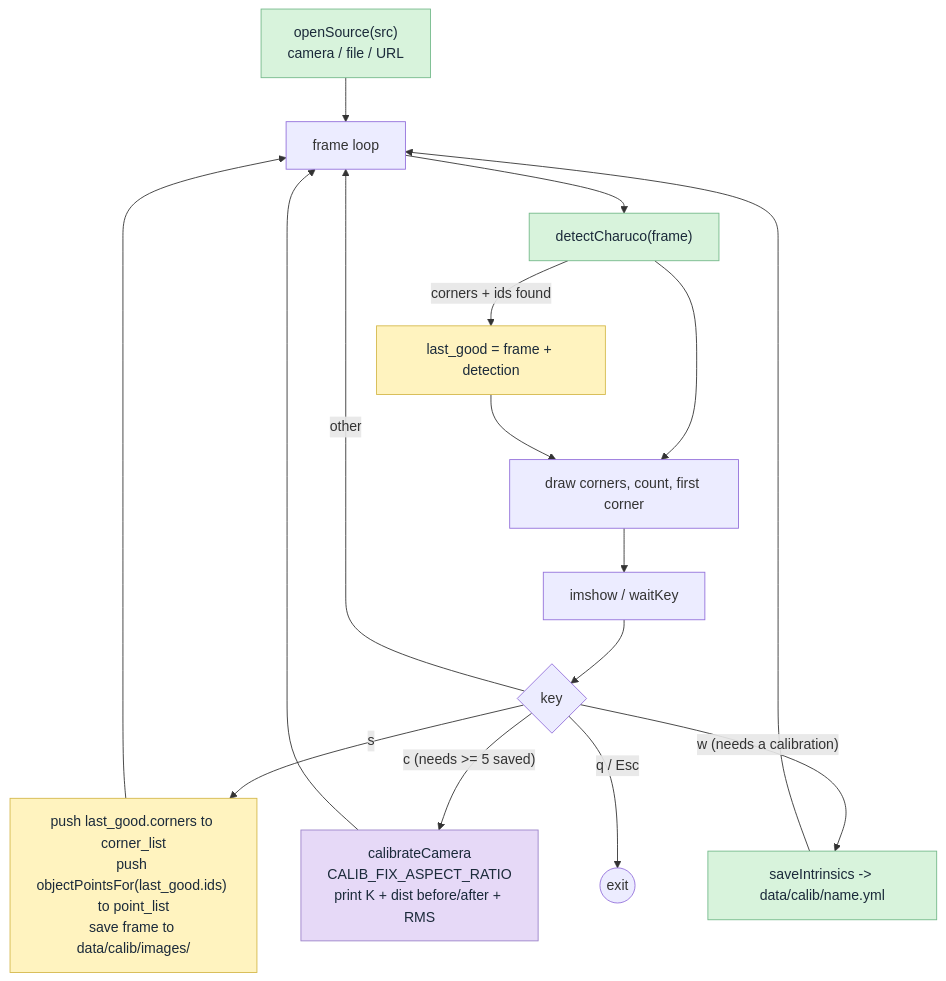
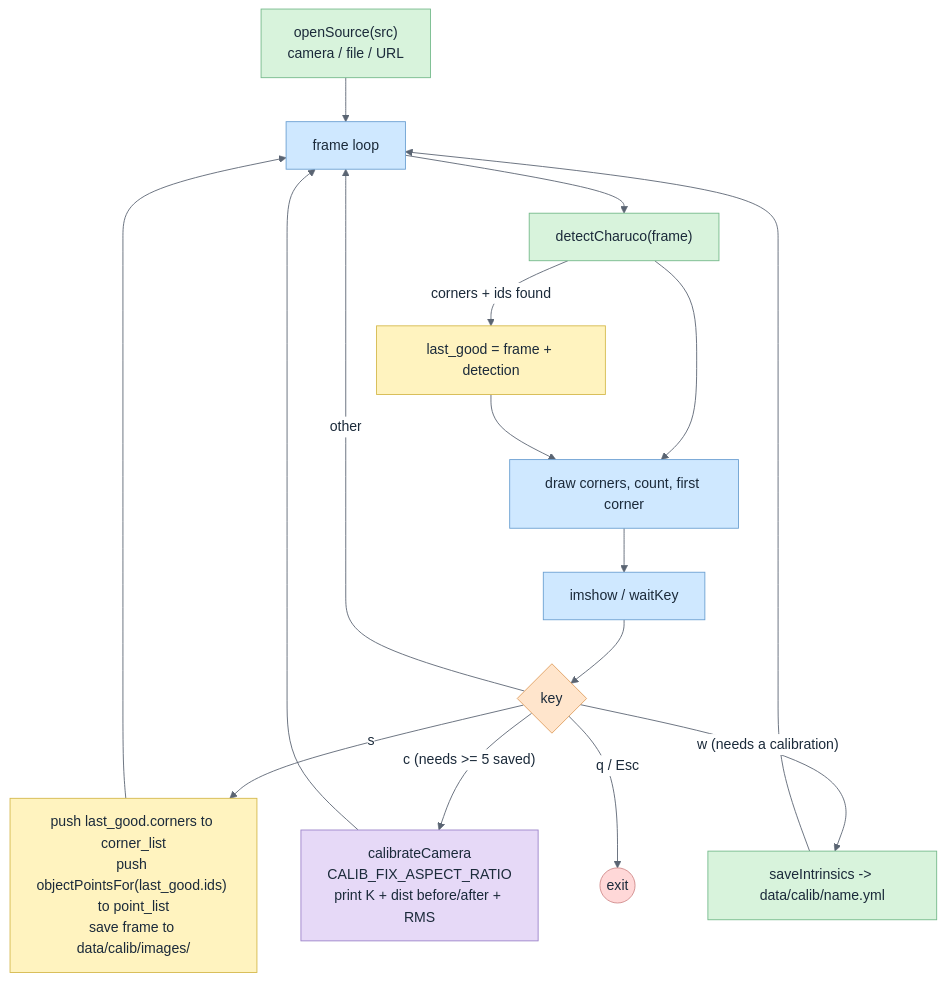
The first of 4 diagrams in ARCHITECTURE.md (supriya-kotturu/calibration-and-augmented-reality), drawn with Mermaid before and after one commit. The commit also changed other lines of this file and 1 other file, not shown here.

First line of the commit message:
docs(architecture): :lipstick: Pin diagrams to a light theme and colour every node by role

````diff
--- a/ARCHITECTURE.md
+++ b/ARCHITECTURE.md
@@ -10,25 +10,32 @@
 ```mermaid
+%%{init: {"theme": "base", "themeVariables": {"background": "#ffffff", "primaryColor": "#f7f7f7", "primaryTextColor": "#1b2a3a", "primaryBorderColor": "#b0b0b0", "lineColor": "#5a6472", "textColor": "#1b2a3a", "edgeLabelBackground": "#ffffff", "clusterBkg": "#fafafa", "clusterBorder": "#b0b0b0", "fontFamily": "Segoe UI, Helvetica, Arial, sans-serif"}}}%%
 flowchart TD
   SRC["openSource(src)<br/>camera / file / URL"] --> LOOP["frame loop"]
   LOOP --> DET["detectCharuco(frame)"]
   DET -- "corners + ids found" --> LAST["last_good = frame + detection"]
   DET --> DRAW["draw corners, count, first corner"]
   LAST --> DRAW
   DRAW --> SHOW["imshow / waitKey"]
   SHOW --> KEY{"key"}
   KEY -- "s" --> SAVE["push last_good.corners to corner_list<br/>push objectPointsFor(last_good.ids) to point_list<br/>save frame to data/calib/images/"]
   KEY -- "c (needs >= 5 saved)" --> CAL["calibrateCamera<br/>CALIB_FIX_ASPECT_RATIO<br/>print K + dist before/after + RMS"]
   KEY -- "w (needs a calibration)" --> WRITE["saveIntrinsics -> data/calib/name.yml"]
   KEY -- "q / Esc" --> END(("exit"))
   SAVE --> LOOP
   CAL --> LOOP
   WRITE --> LOOP
   KEY -- "other" --> LOOP
 
   classDef core fill:#d8f3dc,stroke:#74b98a,color:#1b2a3a
   classDef cv fill:#e6d9f7,stroke:#9b82c9,color:#1b2a3a
   classDef state fill:#fff3bf,stroke:#d4b84a,color:#1b2a3a
+  classDef app fill:#cfe8ff,stroke:#6a9fd1,color:#1b2a3a
+  classDef key fill:#ffe5cc,stroke:#e0a060,color:#1b2a3a
+  classDef stop fill:#ffd8d8,stroke:#d08a8a,color:#1b2a3a
   class SRC,DET,WRITE core
   class CAL cv
   class LAST,SAVE state
+  class LOOP,DRAW,SHOW app
+  class KEY key
+  class END stop
 ```
````
